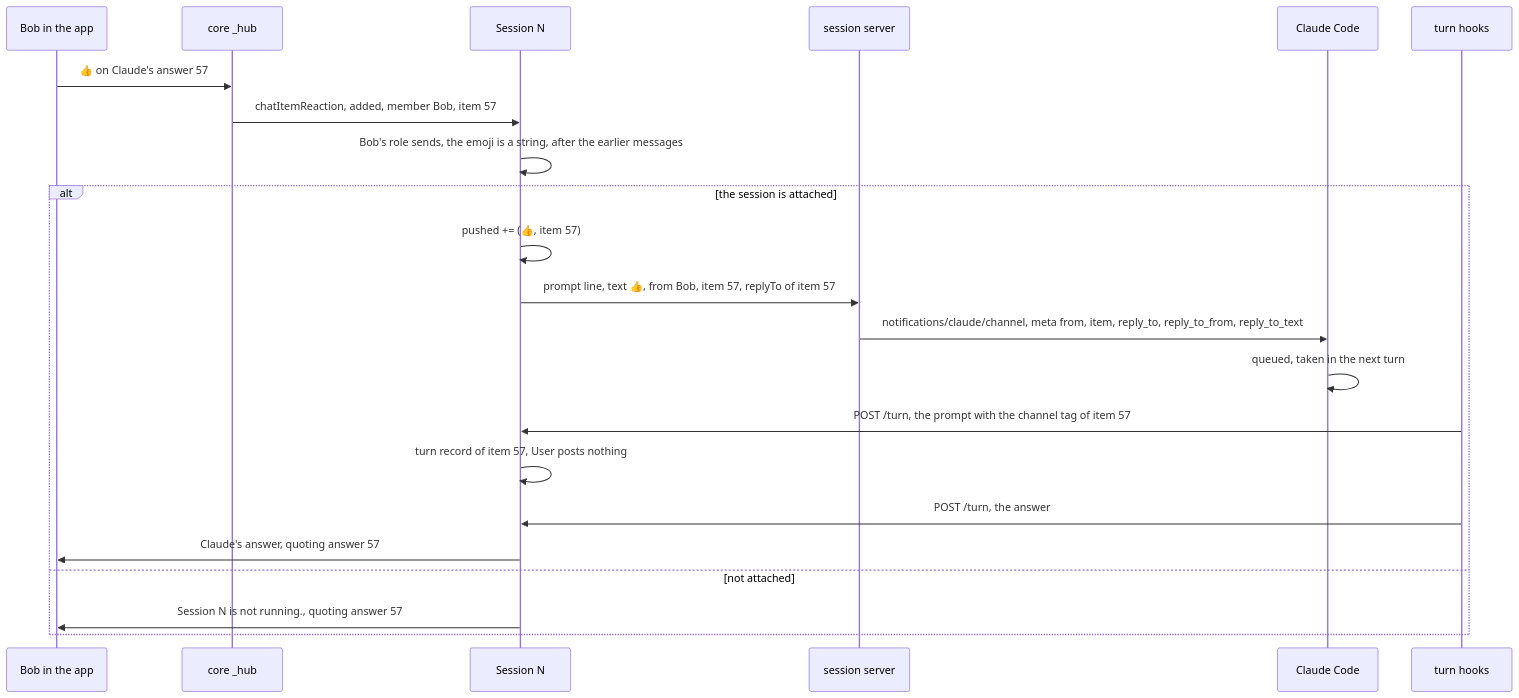
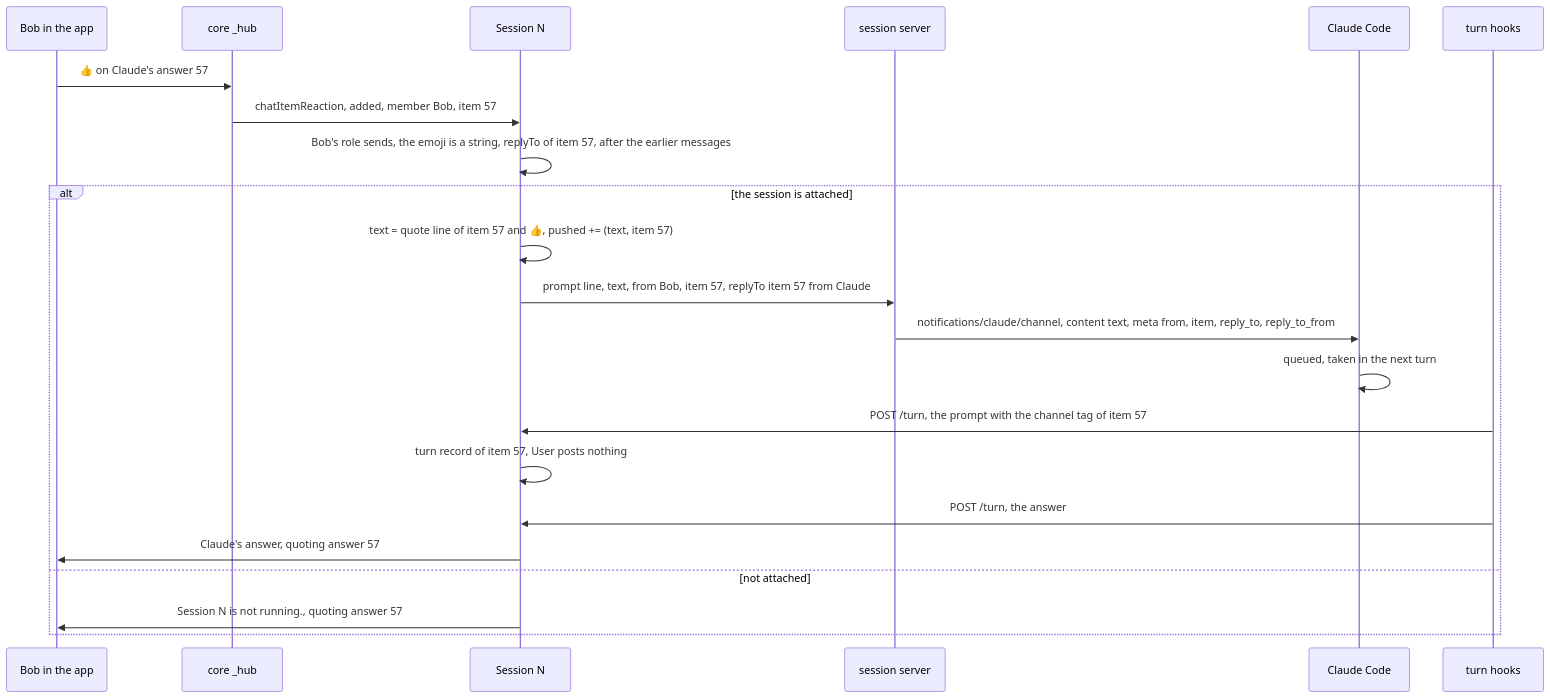
The first of 4 diagrams in plans/2026-11-12-mcp-reactions.md (simplex-chat/simplex-chat), drawn with Mermaid before and after one commit. The commit also changed other lines of this file, not shown here.

Commit message:
plan: mcp-reactions, Q2 decided, reply form with a quote line

````diff
--- a/plans/2026-11-12-mcp-reactions.md
+++ b/plans/2026-11-12-mcp-reactions.md
@@ -86,24 +85,24 @@
 ```mermaid
 sequenceDiagram
   participant B as Bob in the app
   participant C as core _hub
   participant N as Session N
   participant S as session server
   participant CC as Claude Code
   participant HK as turn hooks
   B->>C: 👍 on Claude's answer 57
   C->>N: chatItemReaction, added, member Bob, item 57
-  N->>N: Bob's role sends, the emoji is a string, after the earlier messages
+  N->>N: Bob's role sends, the emoji is a string, replyTo of item 57, after the earlier messages
   alt the session is attached
-    N->>N: pushed += (👍, item 57)
-    N->>S: prompt line, text 👍, from Bob, item 57, replyTo of item 57
-    S->>CC: notifications/claude/channel, meta from, item, reply_to, reply_to_from, reply_to_text
+    N->>N: text = quote line of item 57 and 👍, pushed += (text, item 57)
+    N->>S: prompt line, text, from Bob, item 57, replyTo item 57 from Claude
+    S->>CC: notifications/claude/channel, content text, meta from, item, reply_to, reply_to_from
     CC->>CC: queued, taken in the next turn
     HK->>N: POST /turn, the prompt with the channel tag of item 57
     N->>N: turn record of item 57, User posts nothing
     HK->>N: POST /turn, the answer
     N->>B: Claude's answer, quoting answer 57
   else not attached
     N->>B: Session N is not running., quoting answer 57
   end
 ```
````
